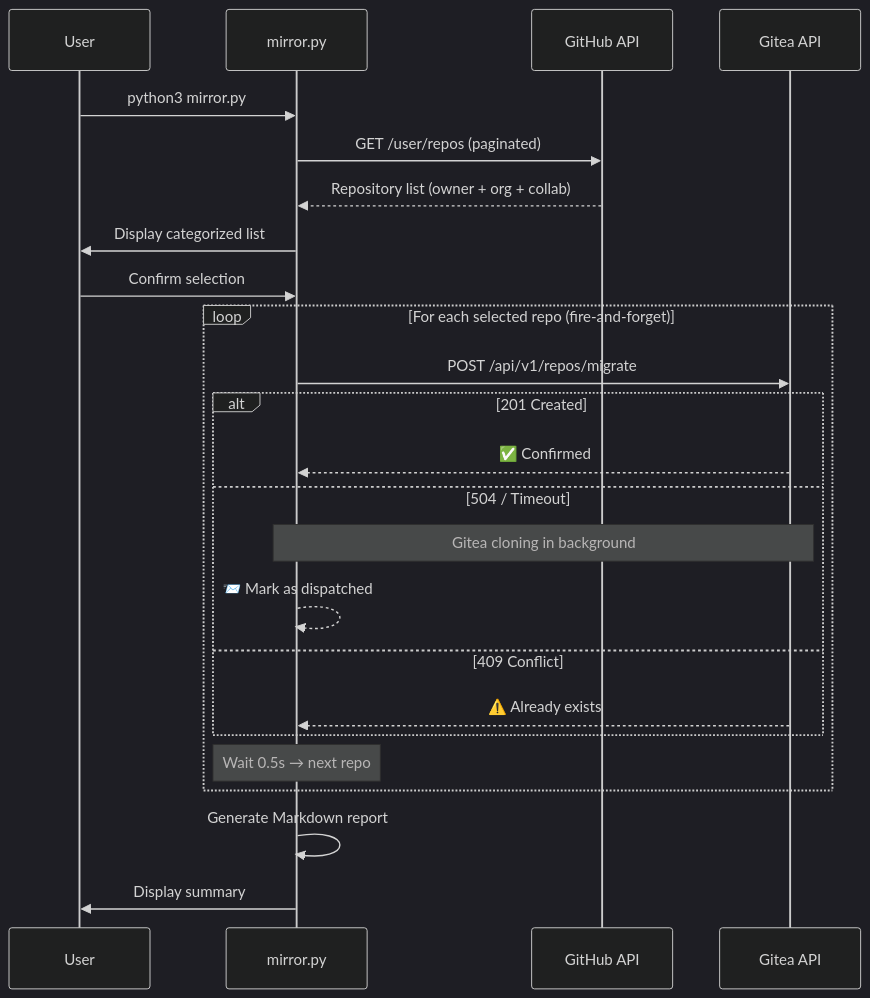
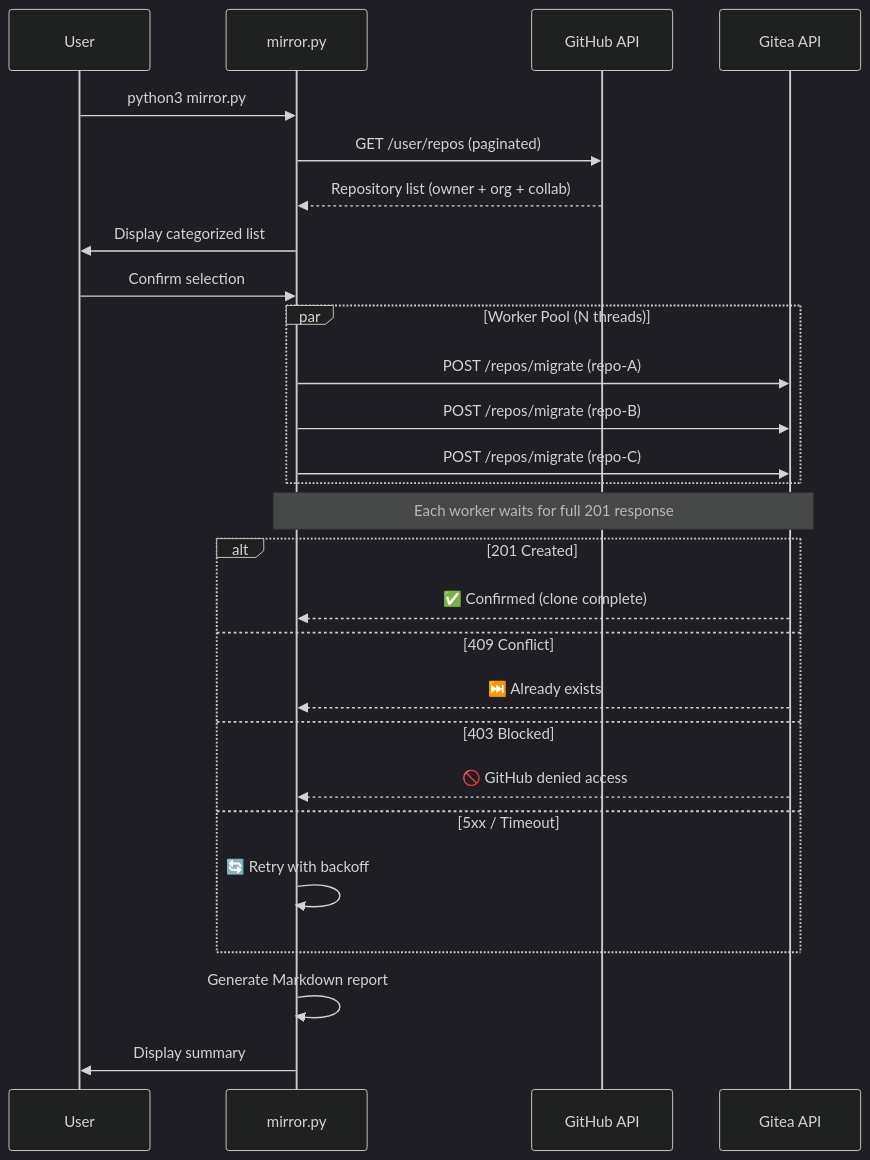
The diagram in README.md (yuanweize/gitea-github-mirror), drawn with Mermaid (dark theme) before and after one commit. The commit also changed other lines of this file and 3 other files, not shown here.

````diff
--- a/README.md
+++ b/README.md
@@ -248,29 +264,34 @@
 ```mermaid
 sequenceDiagram
     participant User
     participant Script as mirror.py
     participant GitHub as GitHub API
     participant Gitea as Gitea API
 
     User->>Script: python3 mirror.py
     Script->>GitHub: GET /user/repos (paginated)
     GitHub-->>Script: Repository list (owner + org + collab)
     Script->>User: Display categorized list
     User->>Script: Confirm selection
 
-    loop For each selected repo (fire-and-forget)
-        Script->>Gitea: POST /api/v1/repos/migrate
-        alt 201 Created
-            Gitea-->>Script: ✅ Confirmed
-        else 504 / Timeout
-            Note over Script,Gitea: Gitea cloning in background
-            Script-->>Script: 📨 Mark as dispatched
-        else 409 Conflict
-            Gitea-->>Script: ⚠️ Already exists
-        end
-        Note over Script: Wait 0.5s → next repo
+    par Worker Pool (N threads)
+        Script->>Gitea: POST /repos/migrate (repo-A)
+        Script->>Gitea: POST /repos/migrate (repo-B)
+        Script->>Gitea: POST /repos/migrate (repo-C)
+    end
+
+    Note over Script,Gitea: Each worker waits for full 201 response
+
+    alt 201 Created
+        Gitea-->>Script: ✅ Confirmed (clone complete)
+    else 409 Conflict
+        Gitea-->>Script: ⏭️ Already exists
+    else 403 Blocked
+        Gitea-->>Script: 🚫 GitHub denied access
+    else 5xx / Timeout
+        Script->>Script: 🔄 Retry with backoff
     end
 
     Script->>Script: Generate Markdown report
     Script->>User: Display summary
 ```
````
